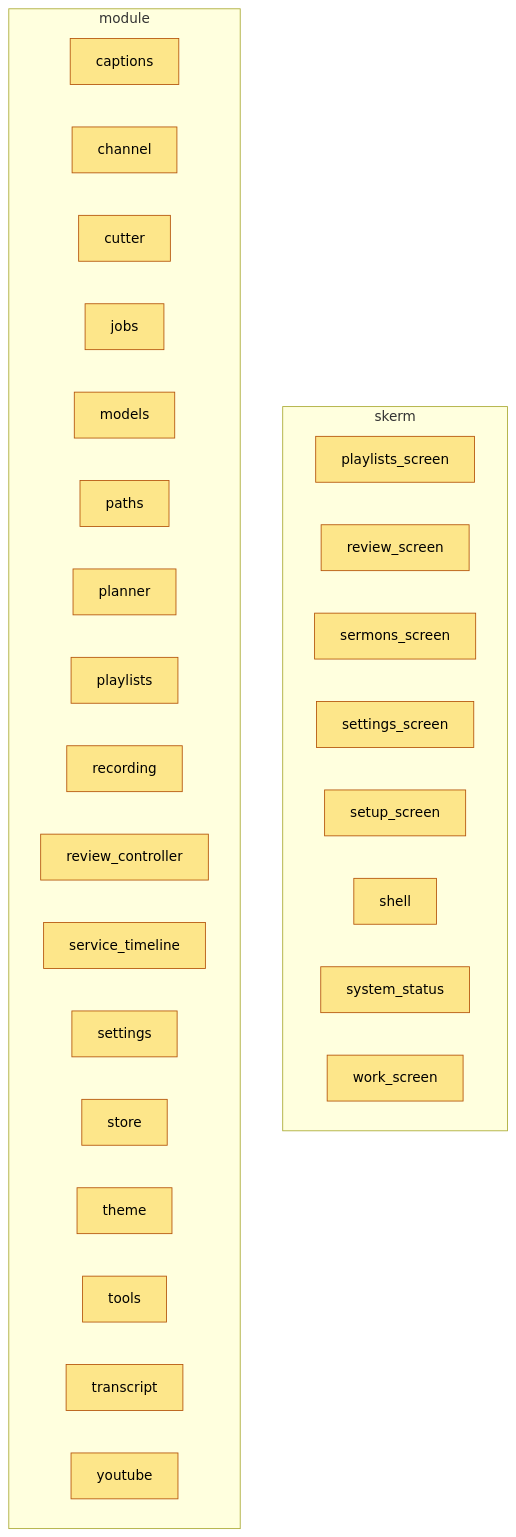
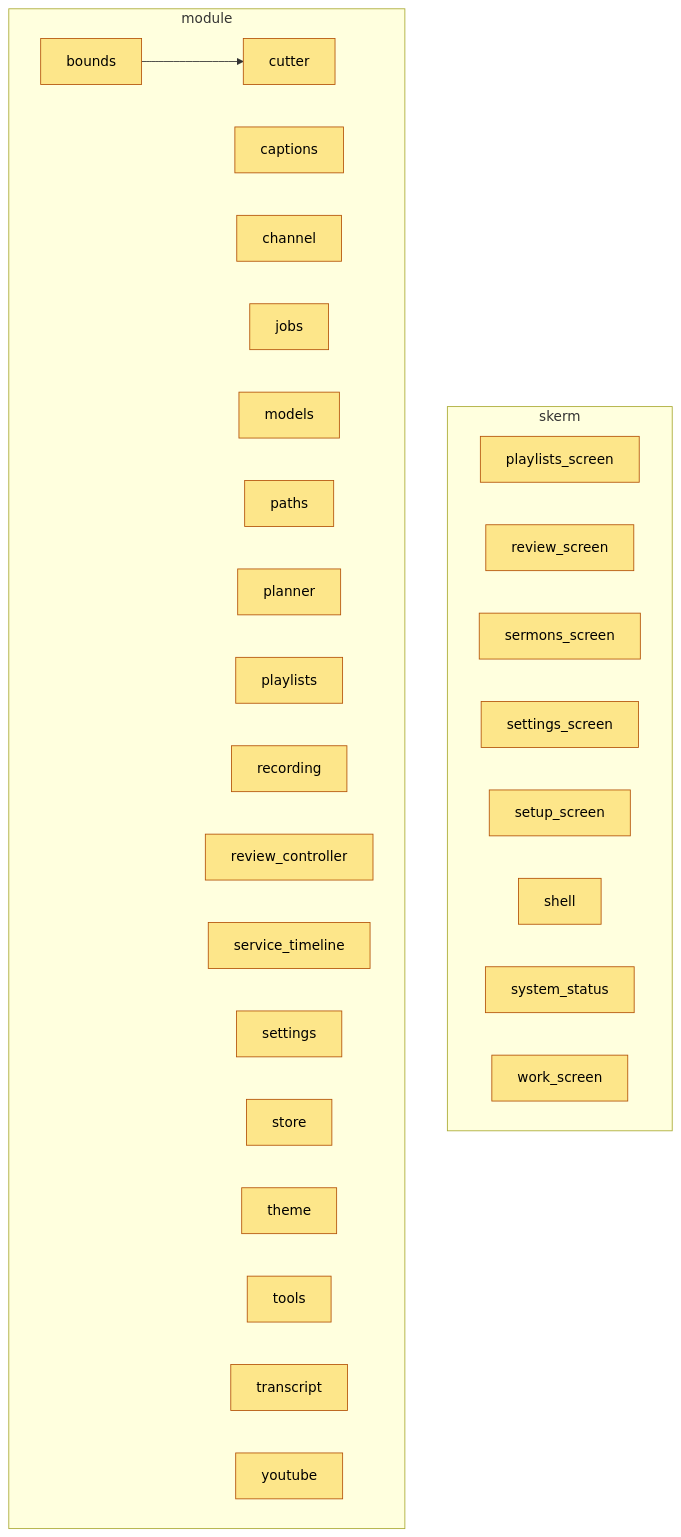
One commit to Schalk-Christiaan/ytsermon-prosessor changed the diagram in docs/kaart.md. Above: the diagram before and after it, drawn with Mermaid. The commit also changed other lines of this file and 10 other files, not shown here.

Commit message:
bou: 9 opruim ná hersiening: vloei preekgrense met stap-reëls, prayerMarks bedraad, Prayer.first/last geskrap, prayers() gebruik isAmen, progress/x264 een keer in cutter, planJob sonder plekhouer

````diff
--- a/docs/kaart.md
+++ b/docs/kaart.md
@@ -156,35 +168,37 @@
 ```mermaid
 flowchart TB
   subgraph g0["skerm"]
-    n8["playlists_screen"]:::bou
-    n11["review_screen"]:::bou
-    n12["sermons_screen"]:::bou
-    n15["settings_screen"]:::bou
-    n16["setup_screen"]:::bou
-    n17["shell"]:::bou
-    n19["system_status"]:::bou
-    n23["work_screen"]:::bou
+    n9["playlists_screen"]:::bou
+    n12["review_screen"]:::bou
+    n13["sermons_screen"]:::bou
+    n16["settings_screen"]:::bou
+    n17["setup_screen"]:::bou
+    n18["shell"]:::bou
+    n20["system_status"]:::bou
+    n24["work_screen"]:::bou
   end
   subgraph g1["module"]
-    n0["captions"]:::bou
-    n1["channel"]:::bou
-    n2["cutter"]:::bou
-    n3["jobs"]:::bou
-    n4["models"]:::bou
-    n5["paths"]:::bou
-    n6["planner"]:::bou
-    n7["playlists"]:::bou
-    n9["recording"]:::bou
-    n10["review_controller"]:::bou
-    n13["service_timeline"]:::bou
-    n14["settings"]:::bou
-    n18["store"]:::bou
-    n20["theme"]:::bou
-    n21["tools"]:::bou
-    n22["transcript"]:::bou
-    n24["youtube"]:::bou
+    n0["bounds"]:::bou
+    n1["captions"]:::bou
+    n2["channel"]:::bou
+    n3["cutter"]:::bou
+    n4["jobs"]:::bou
+    n5["models"]:::bou
+    n6["paths"]:::bou
+    n7["planner"]:::bou
+    n8["playlists"]:::bou
+    n10["recording"]:::bou
+    n11["review_controller"]:::bou
+    n14["service_timeline"]:::bou
+    n15["settings"]:::bou
+    n19["store"]:::bou
+    n21["theme"]:::bou
+    n22["tools"]:::bou
+    n23["transcript"]:::bou
+    n25["youtube"]:::bou
   end
+  n0 --> n3
   classDef bou fill:#fde68a,stroke:#b45309,color:#000
   classDef klaar fill:#bbf7d0,stroke:#15803d,color:#000
   classDef stukkend fill:#fecaca,stroke:#b91c1c,color:#000
 ```
````
